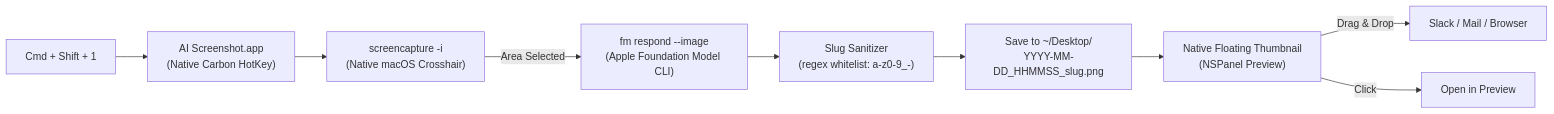
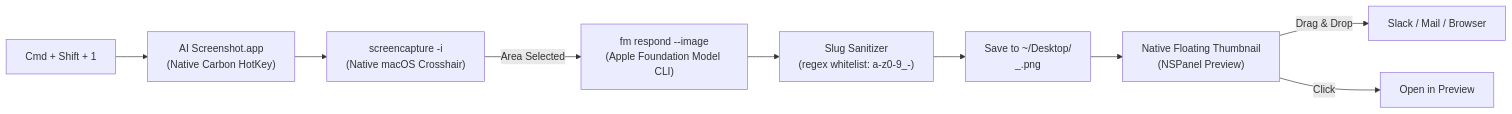
Before and after one commit to manojm321/ai-screenshot: the diagram in README.md, drawn with Mermaid. The commit also changed other lines of this file and 5 other files, not shown here.

Commit message:
feat: change filename format to slug_HHmmss.png for easier autocompletion

````diff
--- a/README.md
+++ b/README.md
@@ -76,11 +77,11 @@
 ```mermaid
 flowchart LR
     A["Cmd + Shift + 1"] --> B["AI Screenshot.app\n(Native Carbon HotKey)"]
     B --> C["screencapture -i\n(Native macOS Crosshair)"]
     C -->|Area Selected| D["fm respond --image\n(Apple Foundation Model CLI)"]
     D --> E["Slug Sanitizer\n(regex whitelist: a-z0-9_-)"]
-    E --> F["Save to ~/Desktop/\nYYYY-MM-DD_HHMMSS_slug.png"]
+    E --> F["Save to ~/Desktop/\n<slug>_<HHmmss>.png"]
     F --> G["Native Floating Thumbnail\n(NSPanel Preview)"]
     G -->|Drag & Drop| H["Slack / Mail / Browser"]
     G -->|Click| I["Open in Preview"]
 ```
````
